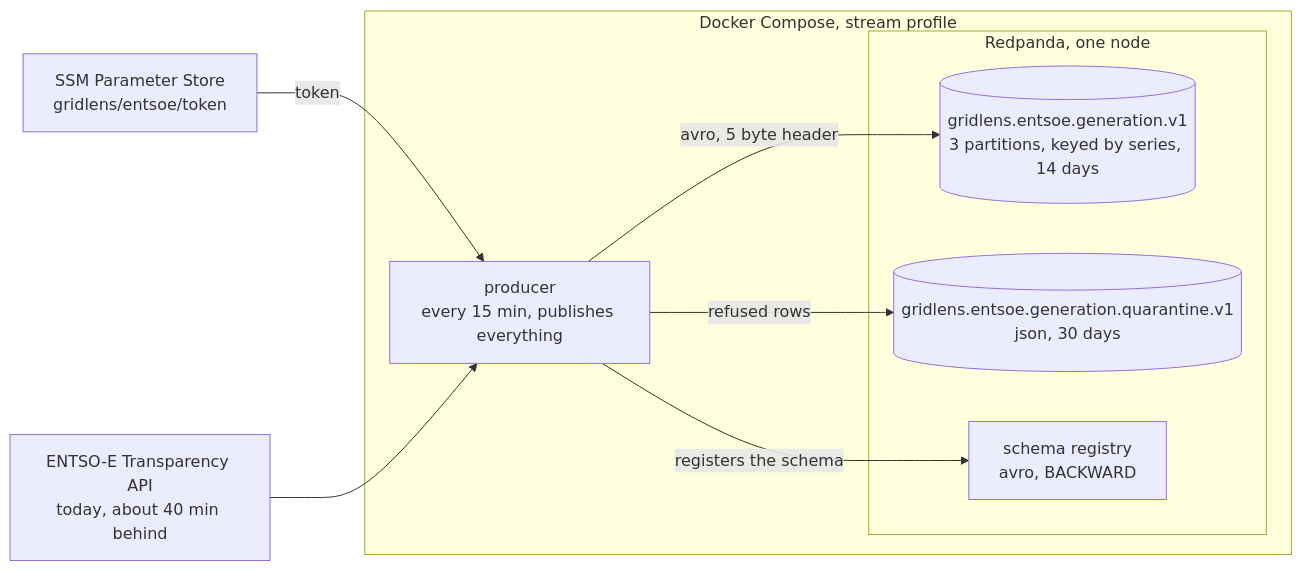
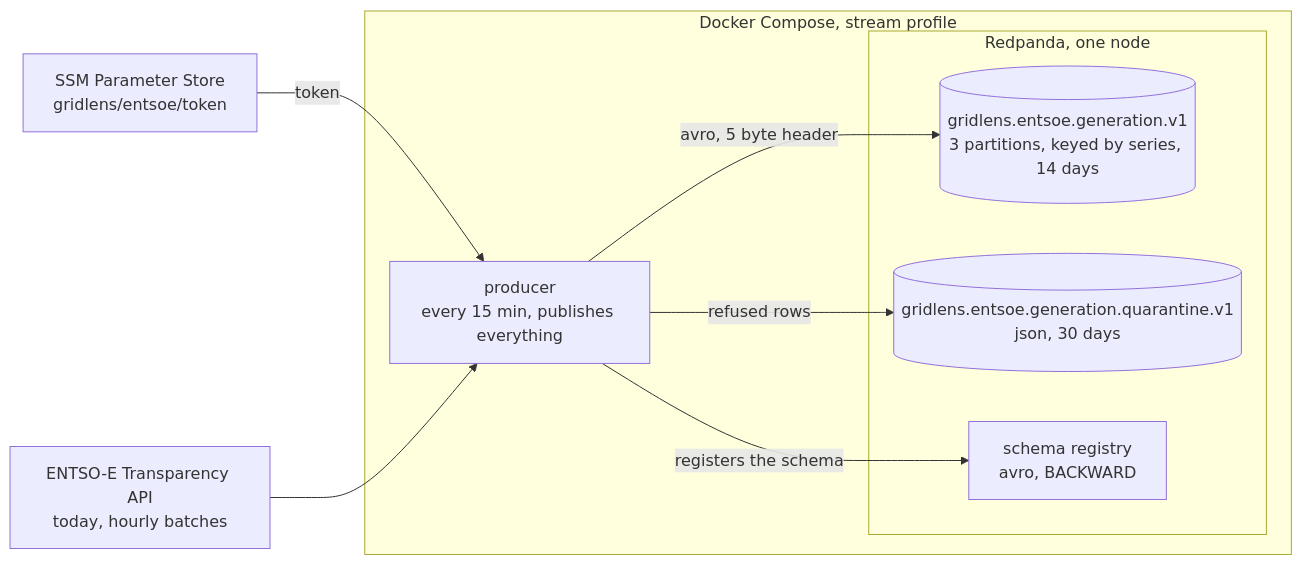
Before and after one commit to Prasanna38430/gridlens: the third of 4 diagrams in docs/architecture.md, drawn with Mermaid. The commit also changed 3 other files, not shown here.

````diff
--- a/docs/architecture.md
+++ b/docs/architecture.md
@@ -124,20 +124,20 @@
 ```mermaid
 flowchart LR
-    entsoe["ENTSO-E Transparency API<br/>today, about 40 min behind"]
+    entsoe["ENTSO-E Transparency API<br/>today, hourly batches"]
     ssm["SSM Parameter Store<br/>gridlens/entsoe/token"]
 
     subgraph compose["Docker Compose, stream profile"]
         producer["producer<br/>every 15 min, publishes everything"]
         subgraph redpanda["Redpanda, one node"]
             obs[("gridlens.entsoe.generation.v1<br/>3 partitions, keyed by series, 14 days")]
             quar[("gridlens.entsoe.generation.quarantine.v1<br/>json, 30 days")]
             registry["schema registry<br/>avro, BACKWARD"]
         end
     end
 
     ssm -->|"token"| producer
     entsoe --> producer
     producer -->|"avro, 5 byte header"| obs
     producer -->|"refused rows"| quar
     producer -->|"registers the schema"| registry
 ```
````
